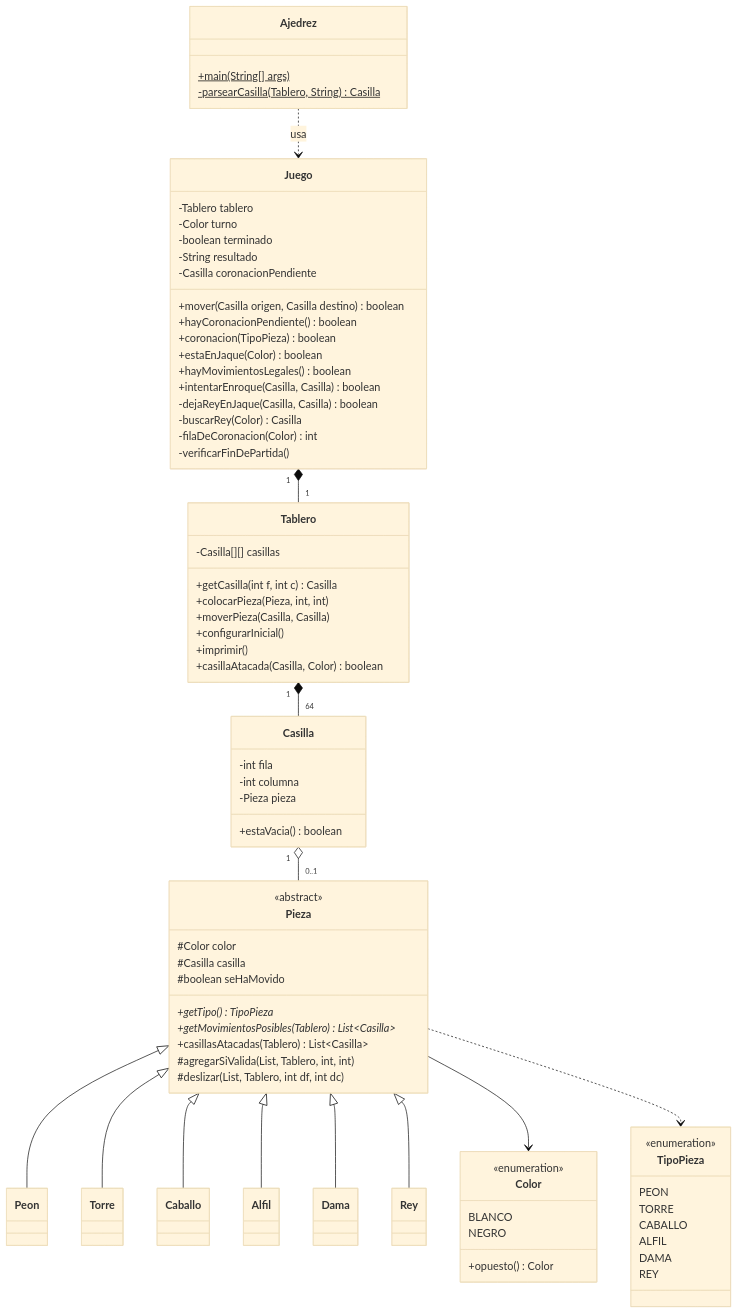
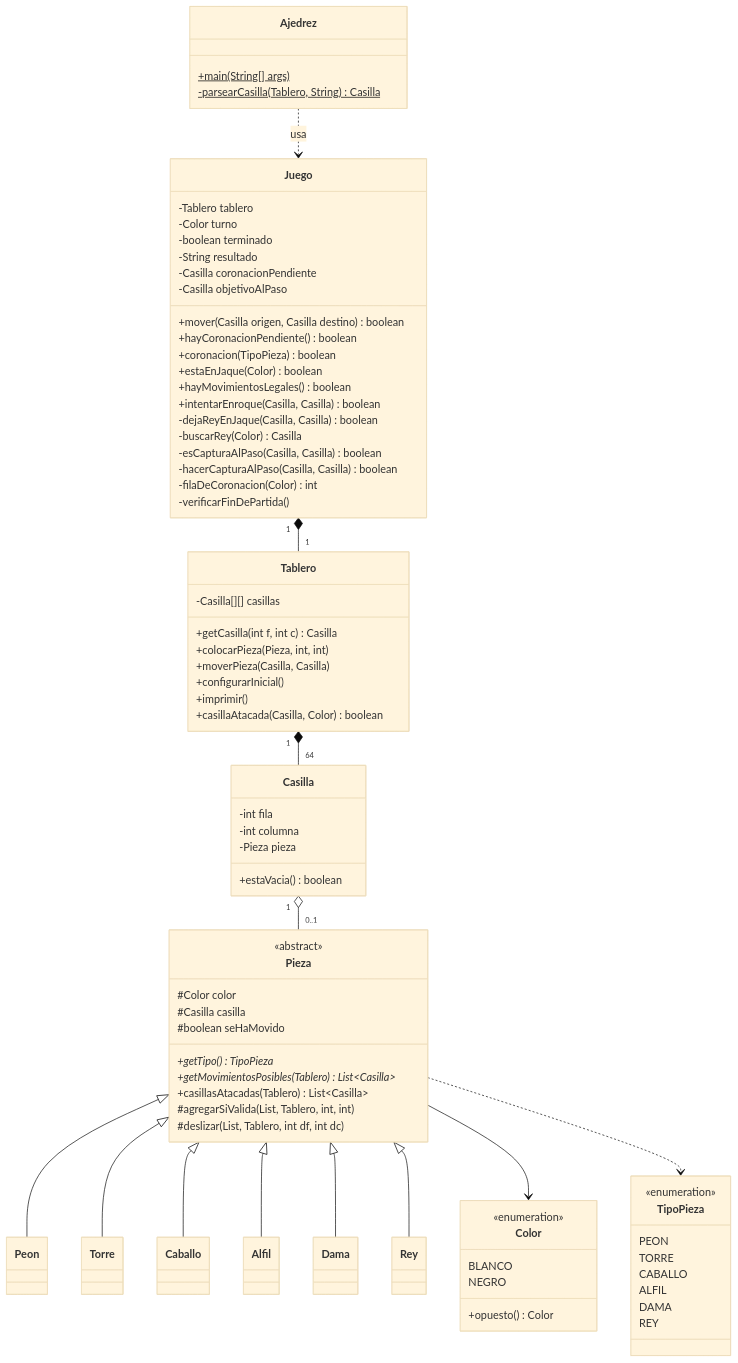
One commit to santiagosuarezalf/ajedrez-dpoo changed the diagram in AVANCE.md. Above: the diagram before and after it, drawn with Mermaid (base theme). The commit also changed other lines of this file and 2 other files, not shown here.

First line of the commit message:
Captura al paso (PEON)

```diff
--- a/AVANCE.md
+++ b/AVANCE.md
@@ -49,6 +49,7 @@
         -boolean terminado
         -String resultado
         -Casilla coronacionPendiente
+        -Casilla objetivoAlPaso
         +mover(Casilla origen, Casilla destino) boolean
         +hayCoronacionPendiente() boolean
         +coronacion(TipoPieza) boolean
@@ -57,6 +58,8 @@
         +intentarEnroque(Casilla, Casilla) boolean
         -dejaReyEnJaque(Casilla, Casilla) boolean
         -buscarRey(Color) Casilla
+        -esCapturaAlPaso(Casilla, Casilla) boolean
+        -hacerCapturaAlPaso(Casilla, Casilla) boolean
         -filaDeCoronacion(Color) int
         -verificarFinDePartida()
     }
```
